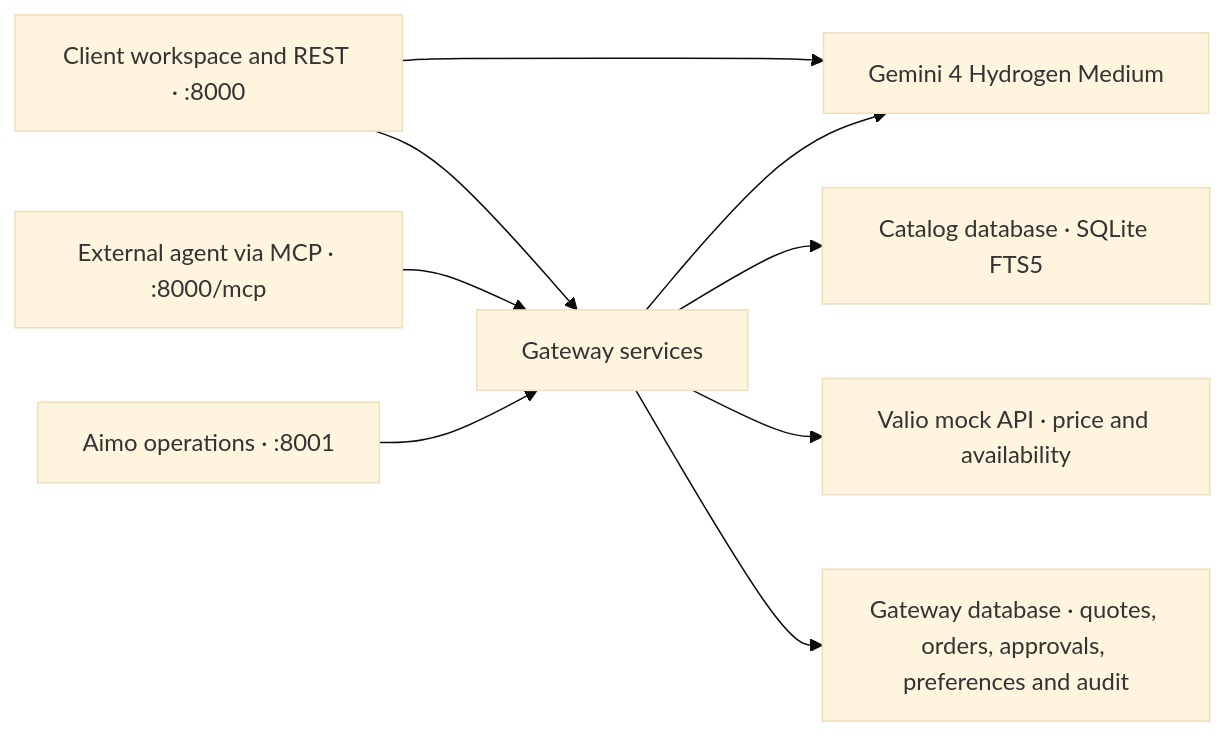
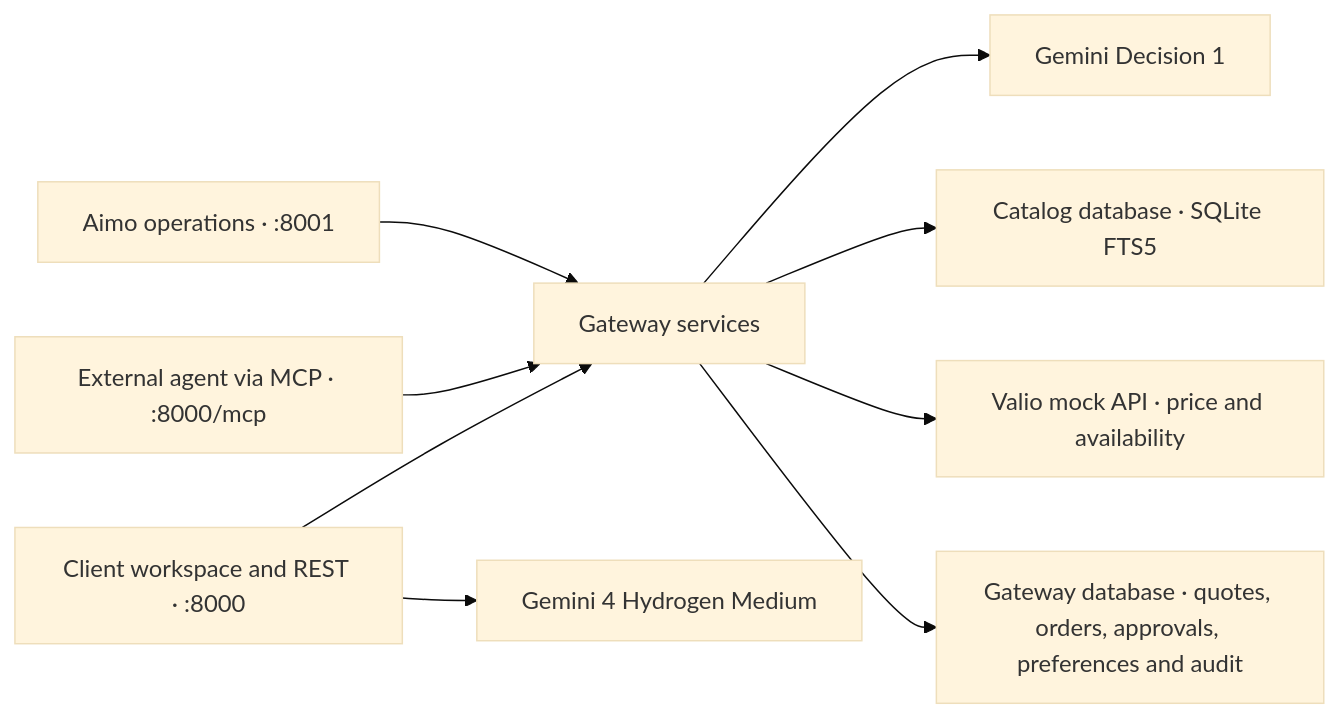
One commit to shaxhub/jnctn26 changed the diagram in docs/architecture.md. Above: the diagram before and after it, drawn with Mermaid (base theme). The commit also changed other lines of this file and 11 other files, not shown here.

First line of the commit message:
feat: review orders with Gemini Decision 1 and flag over-ordering

````diff
--- a/docs/architecture.md
+++ b/docs/architecture.md
@@ -5,11 +5,11 @@
 ```mermaid
 flowchart LR
     Client["Client workspace and REST · :8000"] --> Core["Gateway services"]
     Agent["External agent via MCP · :8000/mcp"] --> Core
     Aimo["Aimo operations · :8001"] --> Core
     Client --> Gemini["Gemini 4 Hydrogen Medium"]
-    Core --> Gemini
+    Core --> Decision["Gemini Decision 1"]
     Core --> Search["Catalog database · SQLite FTS5"]
     Core --> Valio["Valio mock API · price and availability"]
     Core --> State["Gateway database · quotes, orders, approvals, preferences and audit"]
 ```
````
